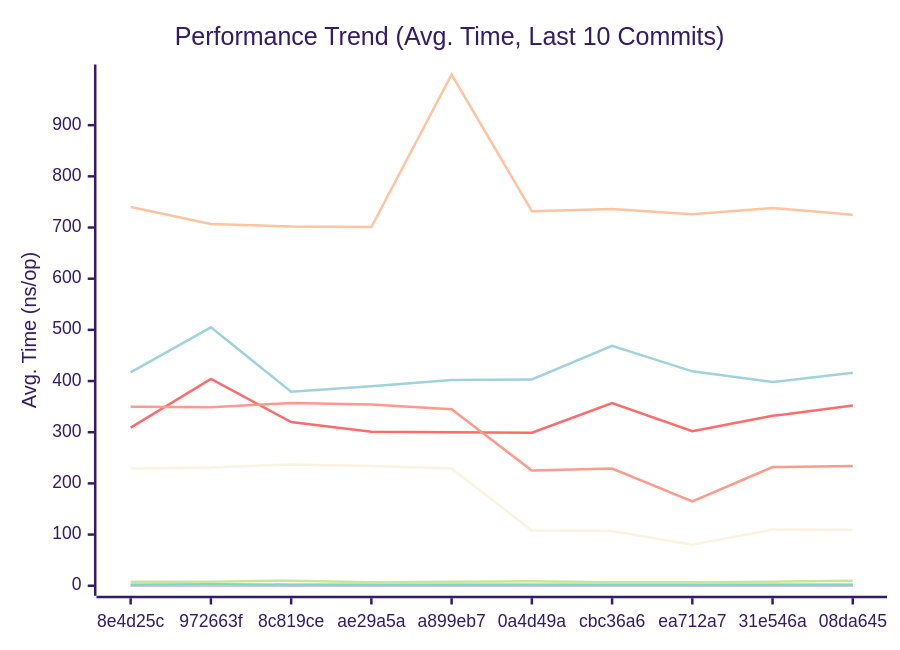
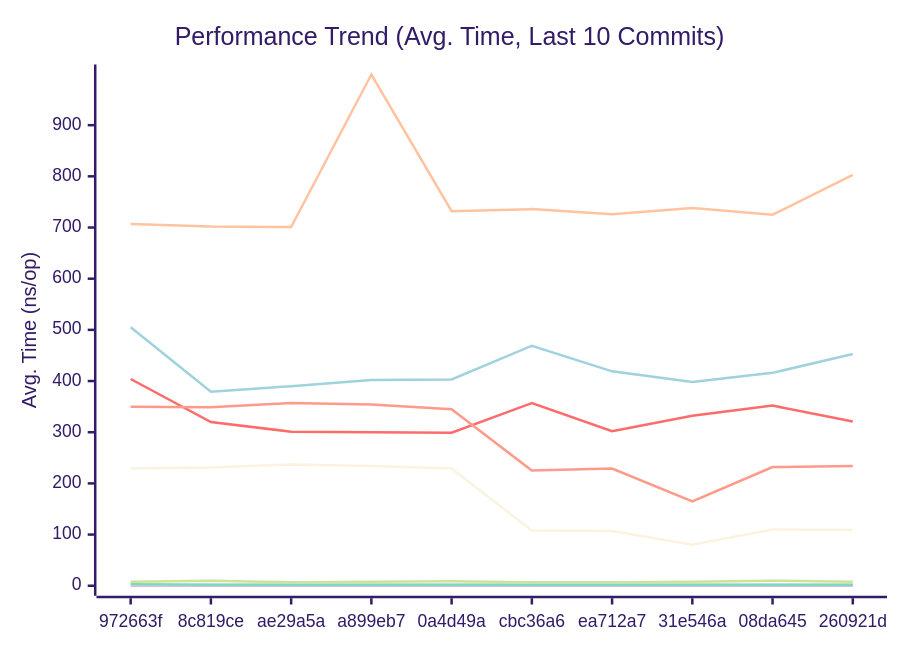
The first of 3 diagrams in docs/PERFORMANCE.md (alsotoes/momo), drawn with Mermaid (forest theme) before and after one commit. The commit also changed other lines of this file and 2 other files, not shown here.

````diff
--- a/docs/PERFORMANCE.md
+++ b/docs/PERFORMANCE.md
@@ -80,16 +80,16 @@
 ```mermaid
 xychart-beta
     title "Performance Trend (Avg. Time, Last 10 Commits)"
     x-axis "Commit"
     y-axis "Avg. Time (ns/op)"
-    x-axis [8e4d25c,972663f,8c819ce,ae29a5a,a899eb7,0a4d49a,cbc36a6,ea712a7,31e546a,08da645]
-    line "CheckMetricsAndSwap" [8,8,10,7,8,9,7,7,8,10]
-    line "CrushOptimized" [309,404,320,301,300,299,357,302,332,352]
-    line "CrushOriginal" [417,505,379,390,402,403,469,419,398,416]
+    x-axis [972663f,8c819ce,ae29a5a,a899eb7,0a4d49a,cbc36a6,ea712a7,31e546a,08da645,260921d]
+    line "CheckMetricsAndSwap" [8,10,7,8,9,7,7,8,10,8]
+    line "CrushOptimized" [404,320,301,300,299,357,302,332,352,321]
+    line "CrushOriginal" [505,379,390,402,403,469,419,398,416,453]
     line "IndexDirectTracking" [0,0,0,0,0,0,0,0,0,0]
     line "IndexSearch" [3,3,3,3,3,3,3,3,3,3]
-    line "LoadGlobalConfig" [740,707,702,701,999,732,736,726,738,725]
-    line "PadString" [2,3,2,2,2,2,2,2,2,2]
+    line "LoadGlobalConfig" [707,702,701,999,732,736,726,738,725,803]
+    line "PadString" [3,2,2,2,2,2,2,2,2,2]
     line "ParseReplicationOrder_NoPrealloc" [350,349,357,354,345,225,229,165,232,234]
     line "ParseReplicationOrder_Prealloc" [229,231,237,234,229,108,107,80,110,109]
 ```
````
